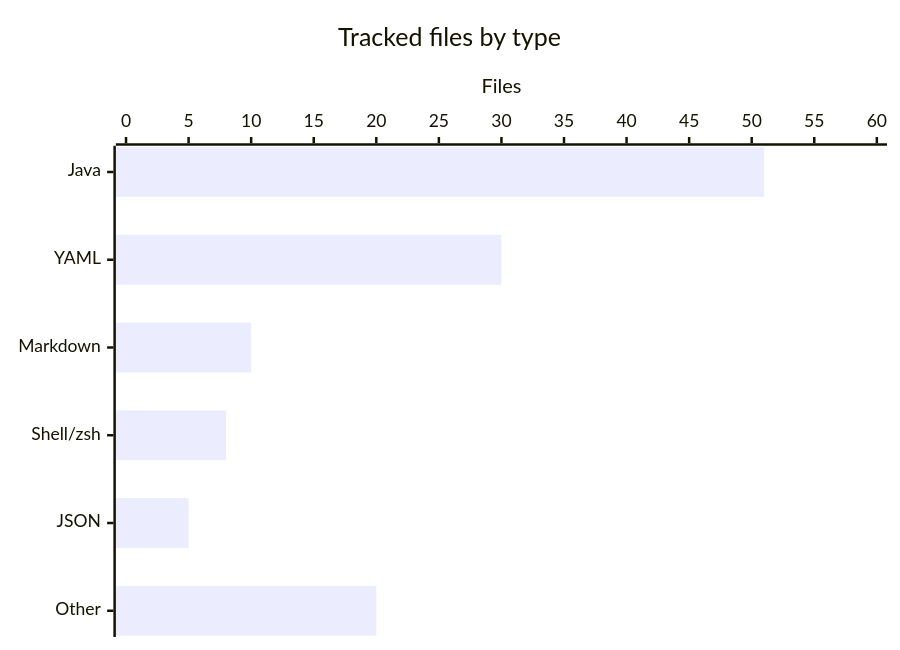
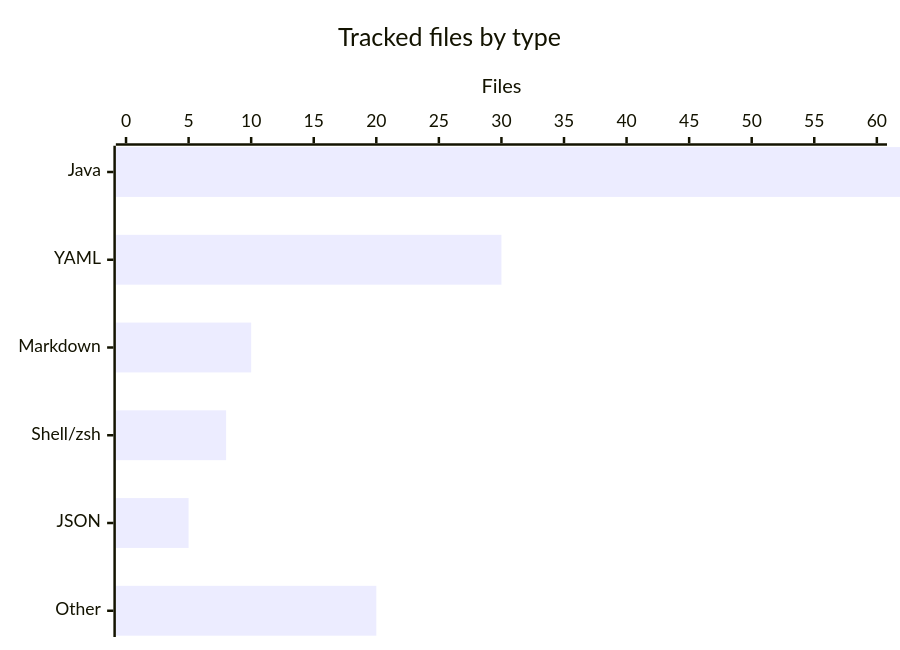
Before and after one commit to factory-aj-pahl/mockingbird-bank: the fourth of 4 diagrams in droid-wiki/overview/architecture.md, drawn with Mermaid. The commit also changed other lines of this file and 73 other files, not shown here.

````diff
--- a/droid-wiki/overview/architecture.md
+++ b/droid-wiki/overview/architecture.md
@@ -93,7 +95,7 @@
 ```mermaid
 xychart-beta horizontal
     title "Tracked files by type"
     x-axis ["Java", "YAML", "Markdown", "Shell/zsh", "JSON", "Other"]
     y-axis "Files" 0 --> 60
-    bar [51, 30, 10, 8, 5, 20]
+    bar [63, 30, 10, 8, 5, 20]
 ```
````
